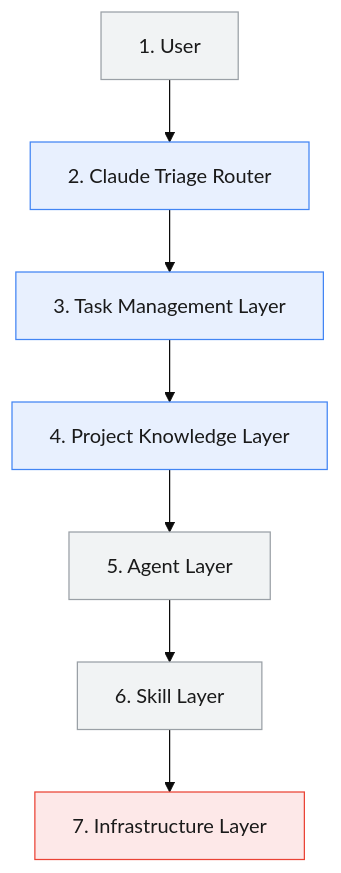
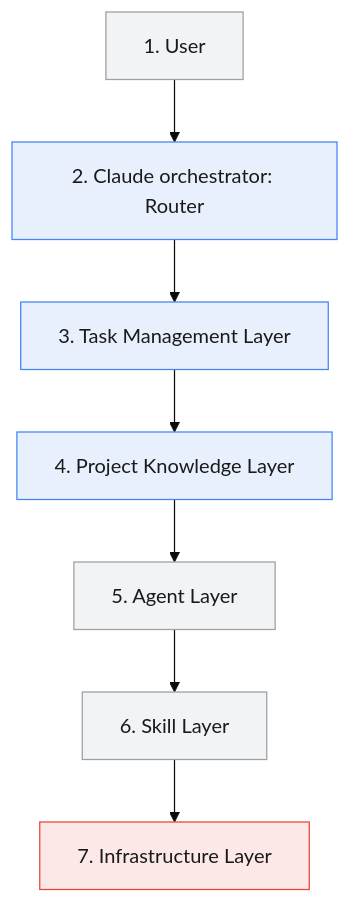
The first of 2 diagrams in reference/docs/architecture.md (Vtquan123/strix), drawn with Mermaid (base theme) before and after one commit. The commit also changed other lines of this file and 52 other files, not shown here.

````diff
--- a/reference/docs/architecture.md
+++ b/reference/docs/architecture.md
@@ -10,13 +10,13 @@
 ```mermaid
 flowchart TD
-    U[1. User] --> R[2. Claude Triage Router]
+    U[1. User] --> R[2. Claude orchestrator: Router]
     R --> TM[3. Task Management Layer]
     TM --> PK[4. Project Knowledge Layer]
     PK --> AG[5. Agent Layer]
     AG --> SK[6. Skill Layer]
     SK --> IN[7. Infrastructure Layer]
     classDef think fill:#e8f0fe,stroke:#4285f4,color:#1a1a1a;
     classDef exec fill:#fde8e8,stroke:#ea4335,color:#1a1a1a;
     classDef neutral fill:#f1f3f4,stroke:#9aa0a6,color:#1a1a1a;
     class U neutral; class R,TM,PK think; class AG,SK neutral; class IN exec;
 ```
````
